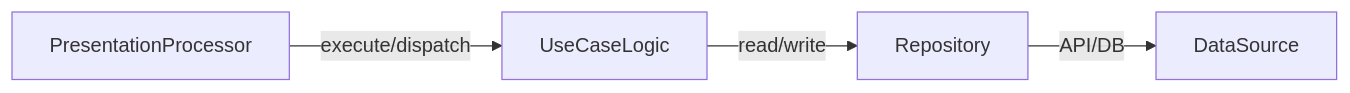
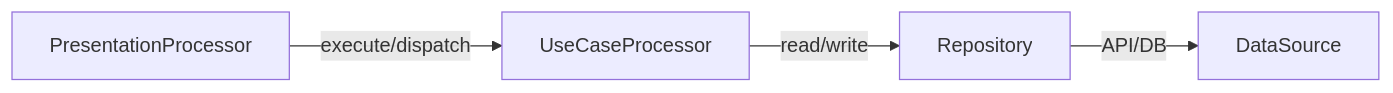
Before and after one commit to Fuusio/kide: the second of 2 diagrams in docs/kide_guide.md, drawn with Mermaid. The commit also changed other lines of this file and 23 other files, not shown here.

Commit message:
Added UseCaseProcessor replacing now deprecated UseCaseLogic. Added new module kide-clean-architecture-test which provides a DSL-based testing utility for UseCaseProcessor implementations.

````diff
--- a/docs/kide_guide.md
+++ b/docs/kide_guide.md
@@ -174,6 +174,6 @@
 ```mermaid
 flowchart LR
-    PP[PresentationProcessor] -- execute/dispatch --> UC[UseCaseLogic]
+    PP[PresentationProcessor] -- execute/dispatch --> UC[UseCaseProcessor]
     UC -- read/write --> R[Repository]
     R -- API/DB --> DS[DataSource]
 ```
````
